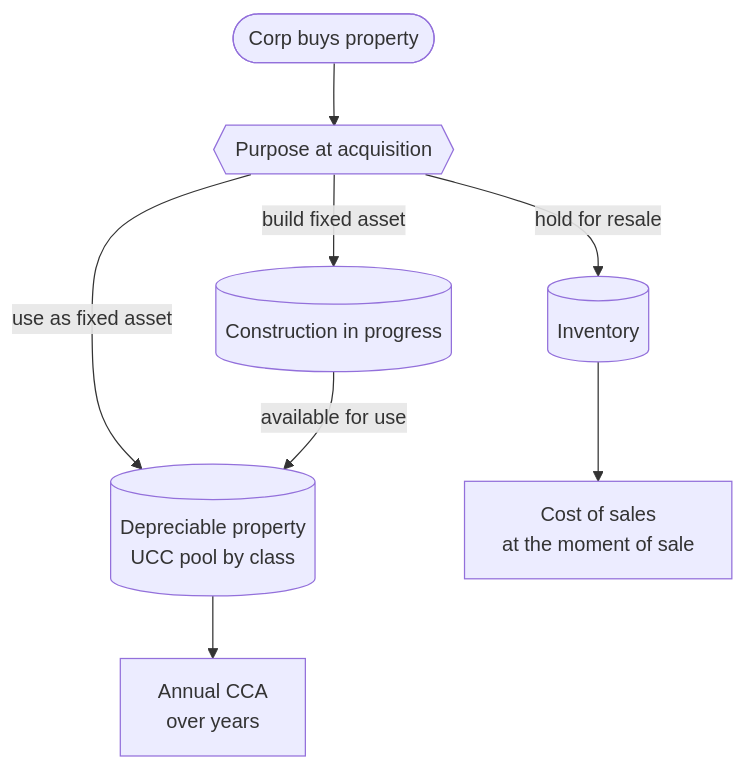
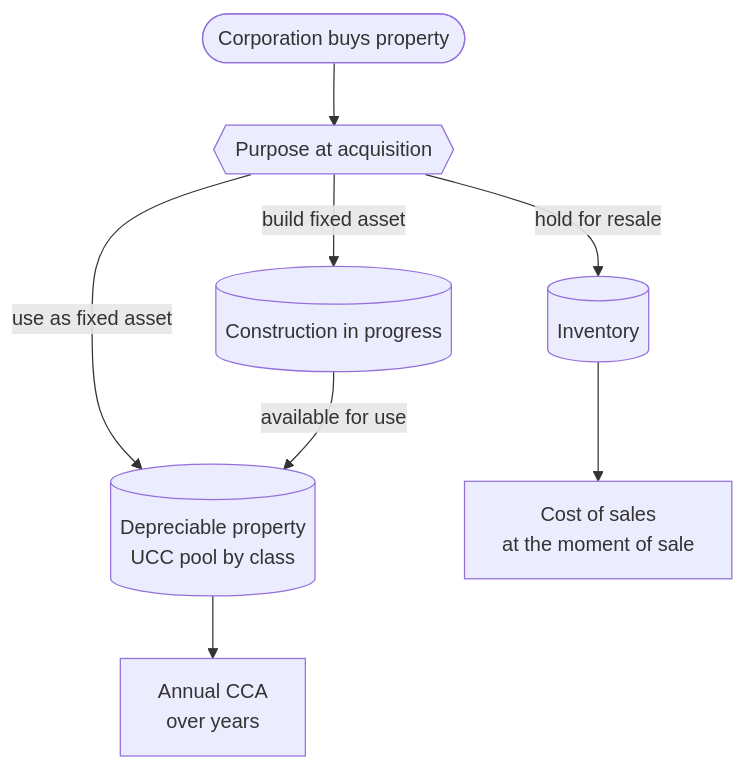
One commit to alexoooo/canadian-corp-info changed the third of 3 diagrams in guide/Concept-Map.md. Above: the diagram before and after it, drawn with Mermaid. The commit also changed other lines of this file and 1 other file, not shown here.

````diff
--- a/guide/Concept-Map.md
+++ b/guide/Concept-Map.md
@@ -139,18 +129,18 @@
 ```mermaid
 flowchart TB
-    Buy(["Corp buys property"])
+    Buy(["Corporation buys property"])
     Purpose{{"Purpose at acquisition"}}
     Inv[("Inventory")]
     CIP[("Construction in progress")]
     Fixed[("Depreciable property<br/>UCC pool by class")]
     COGS["Cost of sales<br/>at the moment of sale"]
     CCA["Annual CCA<br/>over years"]
 
     Buy --> Purpose
     Purpose -->|hold for resale| Inv
     Purpose -->|build fixed asset| CIP
     Purpose -->|use as fixed asset| Fixed
     Inv --> COGS
     CIP -->|available for use| Fixed
     Fixed --> CCA
 ```
````
